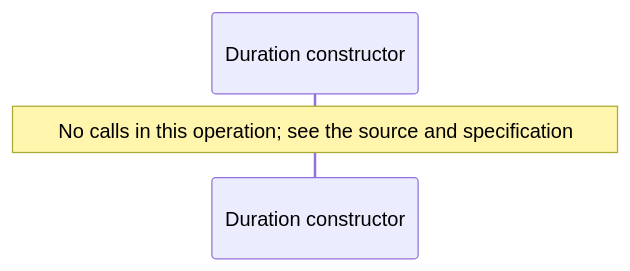
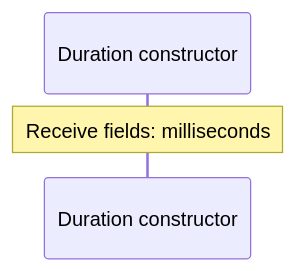
The third of 9 diagrams in src/stdlib/values/durations.aug.diagrams.md (GreenPandaStudios/augscript), drawn with Mermaid before and after one commit. The commit also changed 289 other files, not shown here.

Commit message:
Correct diagram control flow and complete generated wiki navigation

````diff
--- a/src/stdlib/values/durations.aug.diagrams.md
+++ b/src/stdlib/values/durations.aug.diagrams.md
@@ -55,6 +55,6 @@
 ```mermaid
 sequenceDiagram
     participant p0 as Duration constructor
 
-    Note over p0: No calls in this operation#59; see the source and specification
+    Note over p0: Receive fields: milliseconds
 ```
````
